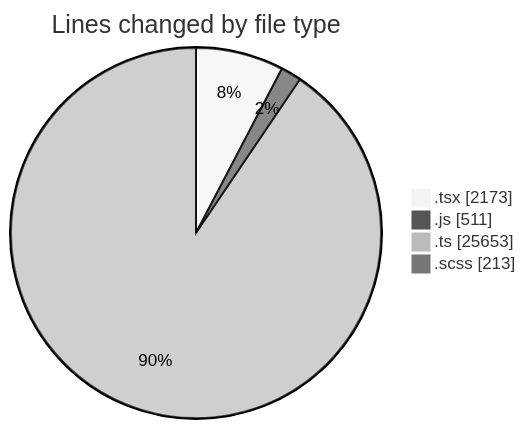
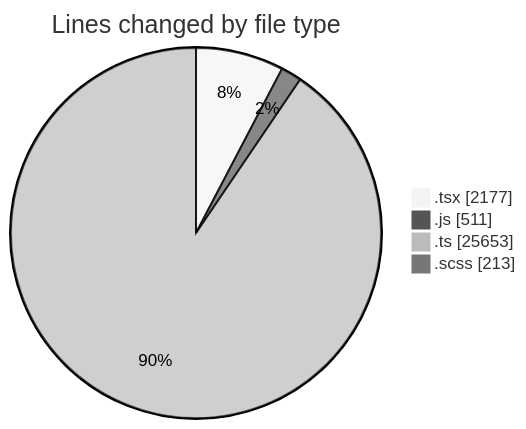
One commit to momahboobian/code-tracking changed the first of 2 diagrams in 2025-06-30/cda/README.md. Above: the diagram before and after it, drawn with Mermaid (neutral theme). The commit also changed other lines of this file and 1 other file, not shown here.

````diff
--- a/2025-06-30/cda/README.md
+++ b/2025-06-30/cda/README.md
@@ -41,8 +41,8 @@
 ```mermaid
 pie showData
 title Lines changed by file type
-".tsx" : 2173
+".tsx" : 2177
 ".js" : 511
 ".ts" : 25653
 ".scss" : 213
 ```
````
